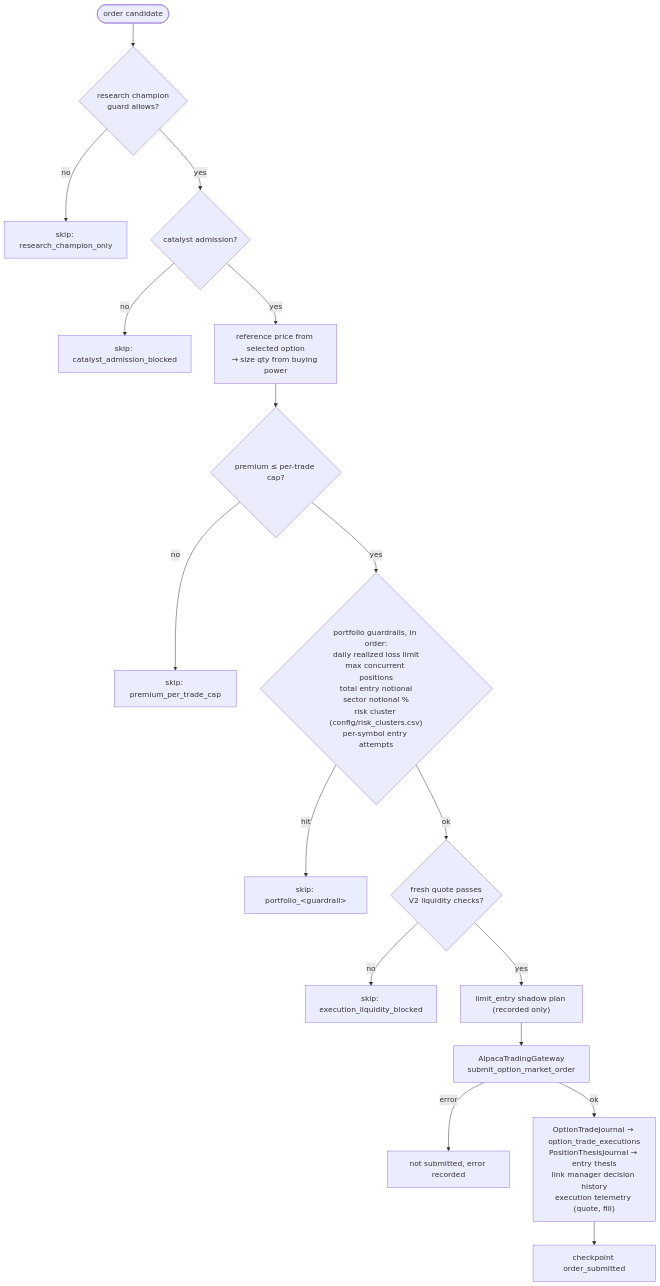
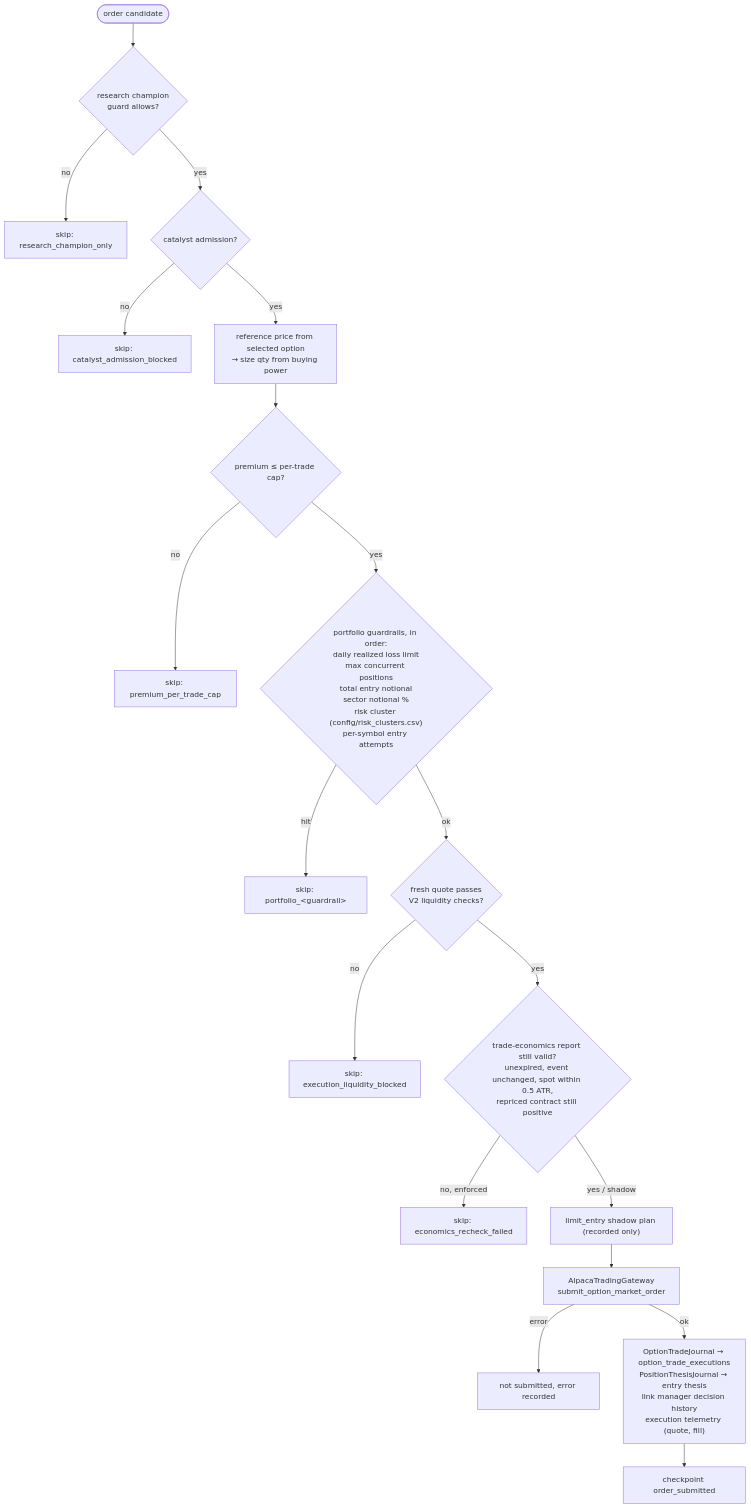
The sixth of 11 diagrams in docs/SYSTEM_DIAGRAM.md (GeorgeStatho/agentic-trading-research), drawn with Mermaid before and after one commit. The commit also changed other lines of this file and 50 other files, not shown here.

````diff
--- a/docs/SYSTEM_DIAGRAM.md
+++ b/docs/SYSTEM_DIAGRAM.md
@@ -291,19 +293,21 @@
 ```mermaid
 flowchart TD
     c(["order candidate"]) --> champ{"research champion<br/>guard allows?"}
     champ -->|no| r0["skip: research_champion_only"]
     champ -->|yes| cat{"catalyst admission?"}
     cat -->|no| r1["skip: catalyst_admission_blocked"]
     cat -->|yes| px["reference price from selected option<br/>→ size qty from buying power"]
     px --> prem{"premium ≤ per-trade cap?"}
     prem -->|no| r2["skip: premium_per_trade_cap"]
     prem -->|yes| port{"portfolio guardrails, in order:<br/>daily realized loss limit<br/>max concurrent positions<br/>total entry notional<br/>sector notional %<br/>risk cluster (config/risk_clusters.csv)<br/>per-symbol entry attempts"}
     port -->|hit| r3["skip: portfolio_&lt;guardrail&gt;"]
     port -->|ok| liq{"fresh quote passes<br/>V2 liquidity checks?"}
     liq -->|no| r4["skip: execution_liquidity_blocked"]
-    liq -->|yes| lim["limit_entry shadow plan (recorded only)"]
+    liq -->|yes| econ{"trade-economics report still valid?<br/>unexpired, event unchanged, spot within 0.5 ATR,<br/>repriced contract still positive"}
+    econ -->|no, enforced| r6["skip: economics_recheck_failed"]
+    econ -->|yes / shadow| lim["limit_entry shadow plan (recorded only)"]
     lim --> sub["AlpacaTradingGateway<br/>submit_option_market_order"]
     sub -->|error| r5["not submitted, error recorded"]
     sub -->|ok| rec["OptionTradeJournal → option_trade_executions<br/>PositionThesisJournal → entry thesis<br/>link manager decision history<br/>execution telemetry (quote, fill)"]
     rec --> ck["checkpoint order_submitted"]
 ```
````
